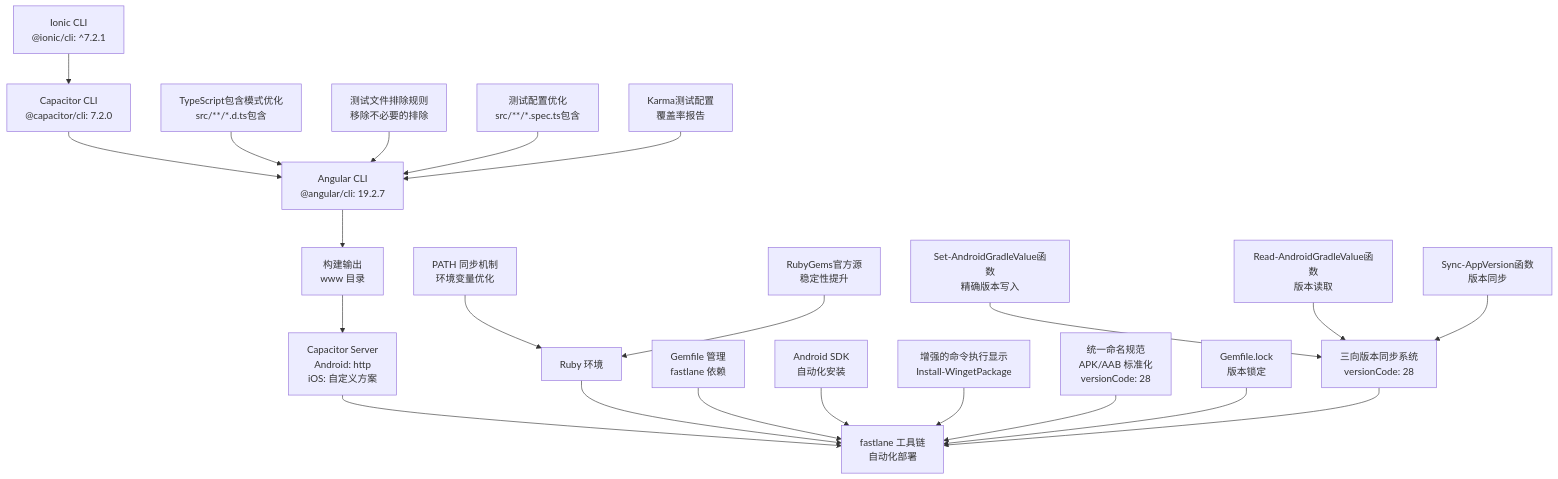
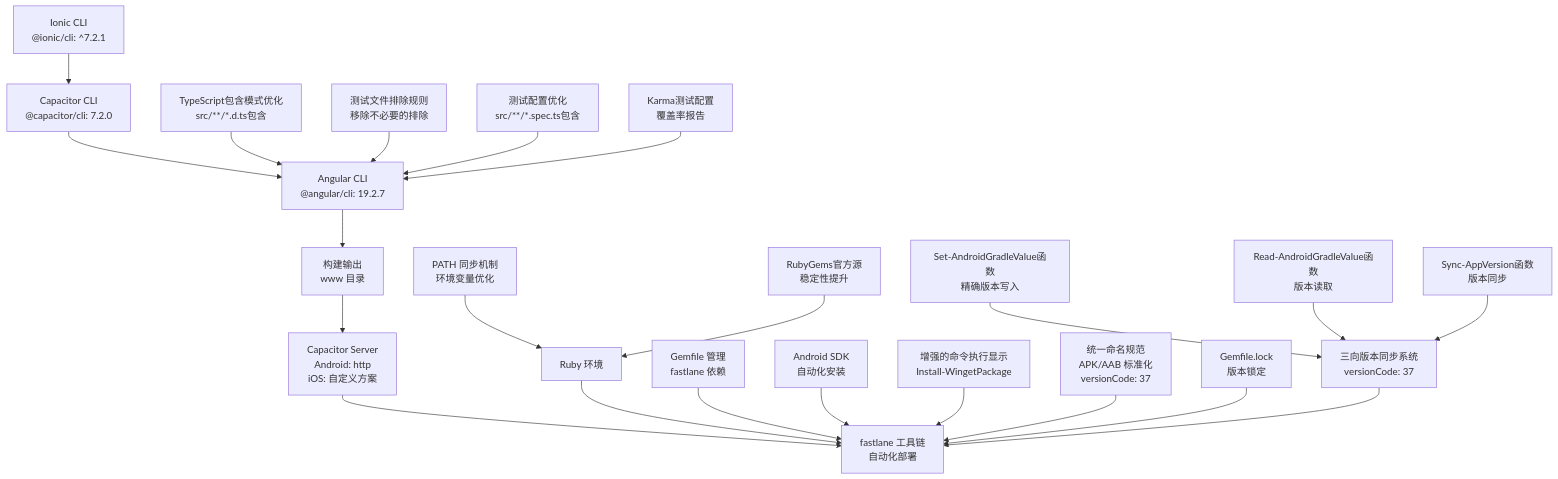
The third of 6 diagrams in .qoder/repowiki/zh/content/构建与部署/构建配置.md (tea4go/Macro-Deck-Client-App), drawn with Mermaid before and after one commit. The commit also changed other lines of this file and 39 other files, not shown here.

````diff
--- a/.qoder/repowiki/zh/content/构建与部署/构建配置.md
+++ b/.qoder/repowiki/zh/content/构建与部署/构建配置.md
@@ -385,24 +385,24 @@
 ```mermaid
 graph TB
 A["Ionic CLI<br/>@ionic/cli: ^7.2.1"] --> B["Capacitor CLI<br/>@capacitor/cli: 7.2.0"]
 B --> C["Angular CLI<br/>@angular/cli: 19.2.7"]
 C --> D["构建输出<br/>www 目录"]
 D --> E["Capacitor Server<br/>Android: http<br/>iOS: 自定义方案"]
 E --> F["fastlane 工具链<br/>自动化部署"]
 G["Ruby 环境"] --> F
 H["Gemfile 管理<br/>fastlane 依赖"] --> F
 I["Android SDK<br/>自动化安装"] --> F
 J["PATH 同步机制<br/>环境变量优化"] --> G
 K["增强的命令执行显示<br/>Install-WingetPackage"] --> F
-L["统一命名规范<br/>APK/AAB 标准化<br/>versionCode: 28"] --> F
+L["统一命名规范<br/>APK/AAB 标准化<br/>versionCode: 37"] --> F
 M["Gemfile.lock<br/>版本锁定"] --> F
 N["RubyGems官方源<br/>稳定性提升"] --> G
-O["三向版本同步系统<br/>versionCode: 28"] --> F
+O["三向版本同步系统<br/>versionCode: 37"] --> F
 P["Set-AndroidGradleValue函数<br/>精确版本写入"] --> O
 Q["Read-AndroidGradleValue函数<br/>版本读取"] --> O
 R["Sync-AppVersion函数<br/>版本同步"] --> O
 S["TypeScript包含模式优化<br/>src/**/*.d.ts包含"] --> C
 T["测试文件排除规则<br/>移除不必要的排除"] --> C
 U["测试配置优化<br/>src/**/*.spec.ts包含"] --> C
 V["Karma测试配置<br/>覆盖率报告"] --> C
 ```
````
